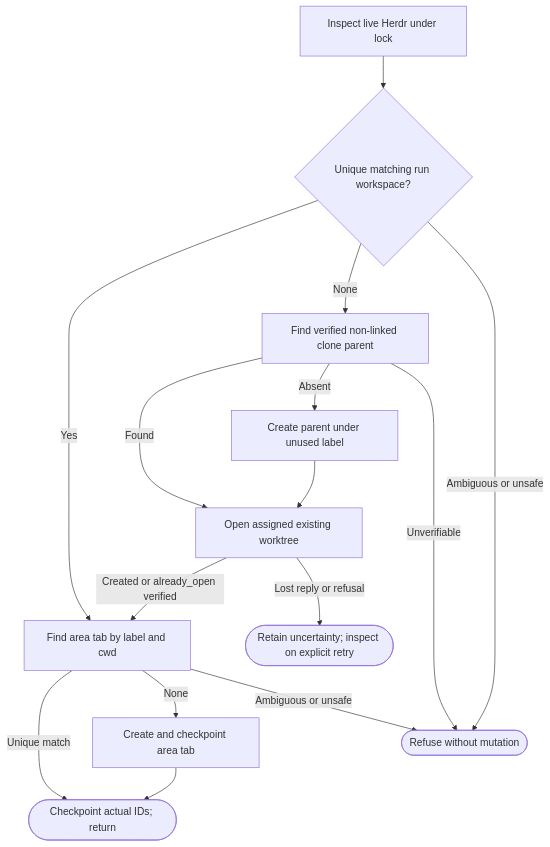
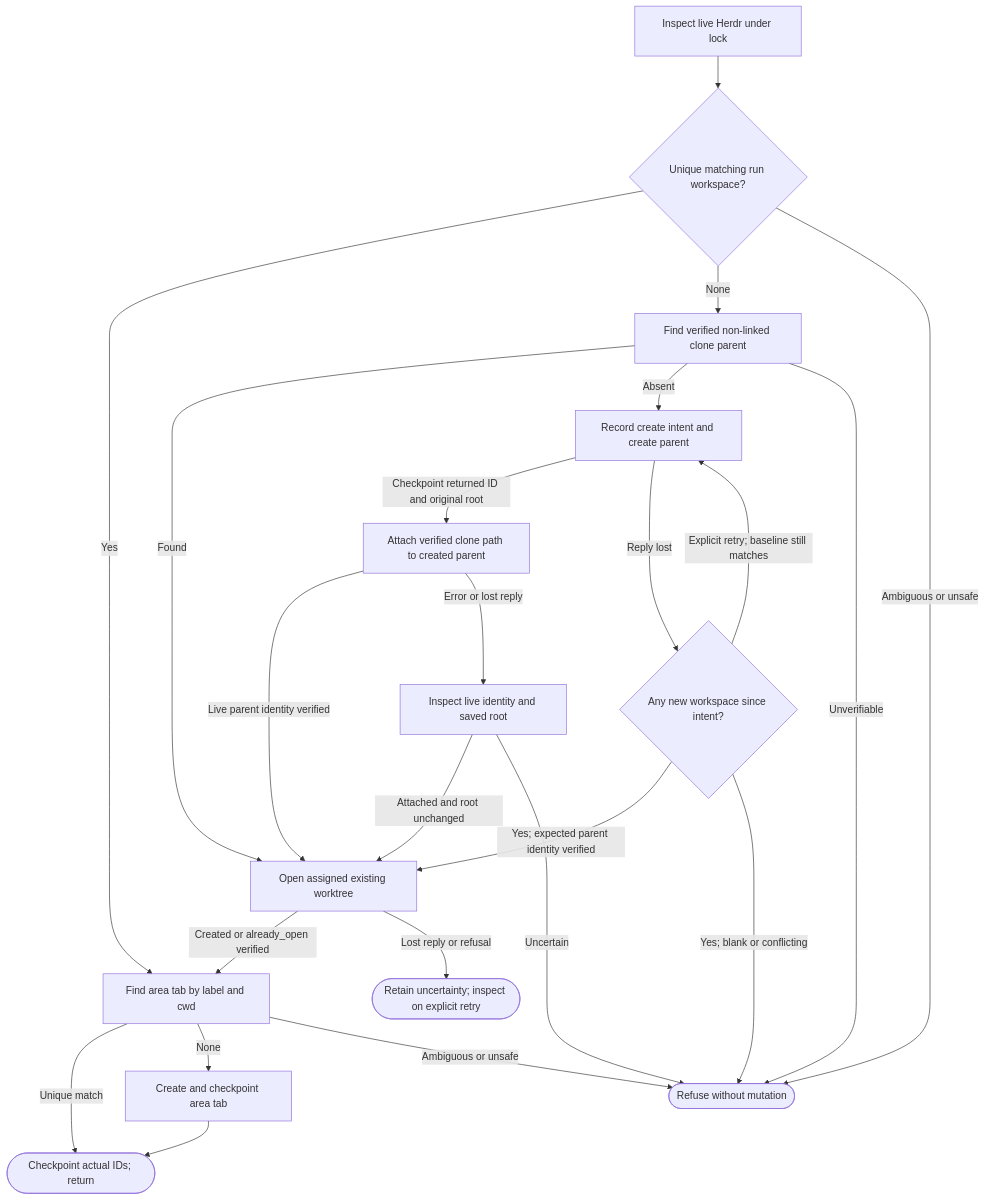
Before and after one commit to promptdriven/pdd: the diagram in prompts/cli/workflow-herdr-layout.prompt.md, drawn with Mermaid. The commit also changed other lines of this file and 7 other files, not shown here.

Commit message:
Fix Herdr parent workspace attachment on workflow start

````diff
--- a/prompts/cli/workflow-herdr-layout.prompt.md
+++ b/prompts/cli/workflow-herdr-layout.prompt.md
@@ -13,17 +13,25 @@
 ```mermaid
 flowchart TD
     I[Inspect live Herdr under lock] --> R{Unique matching run workspace?}
     R -->|Yes| T[Find area tab by label and cwd]
     R -->|None| P[Find verified non-linked clone parent]
     R -->|Ambiguous or unsafe| F([Refuse without mutation])
     P -->|Found| O[Open assigned existing worktree]
-    P -->|Absent| C[Create parent under unused label]
+    P -->|Absent| C[Record create intent and create parent]
     P -->|Unverifiable| F
-    C --> O
+    C -->|Checkpoint returned ID and original root| A1[Attach verified clone path to created parent]
+    A1 -->|Live parent identity verified| O
+    A1 -->|Error or lost reply| V[Inspect live identity and saved root]
+    V -->|Attached and root unchanged| O
+    V -->|Uncertain| F
+    C -->|Reply lost| Z{Any new workspace since intent?}
+    Z -->|Explicit retry; baseline still matches| C
+    Z -->|Yes; expected parent identity verified| O
+    Z -->|Yes; blank or conflicting| F
     O -->|Created or already_open verified| T
     O -->|Lost reply or refusal| U([Retain uncertainty; inspect on explicit retry])
     T -->|Unique match| A([Checkpoint actual IDs; return])
     T -->|None| N[Create and checkpoint area tab]
     T -->|Ambiguous or unsafe| F
     N --> A
 ```
````
